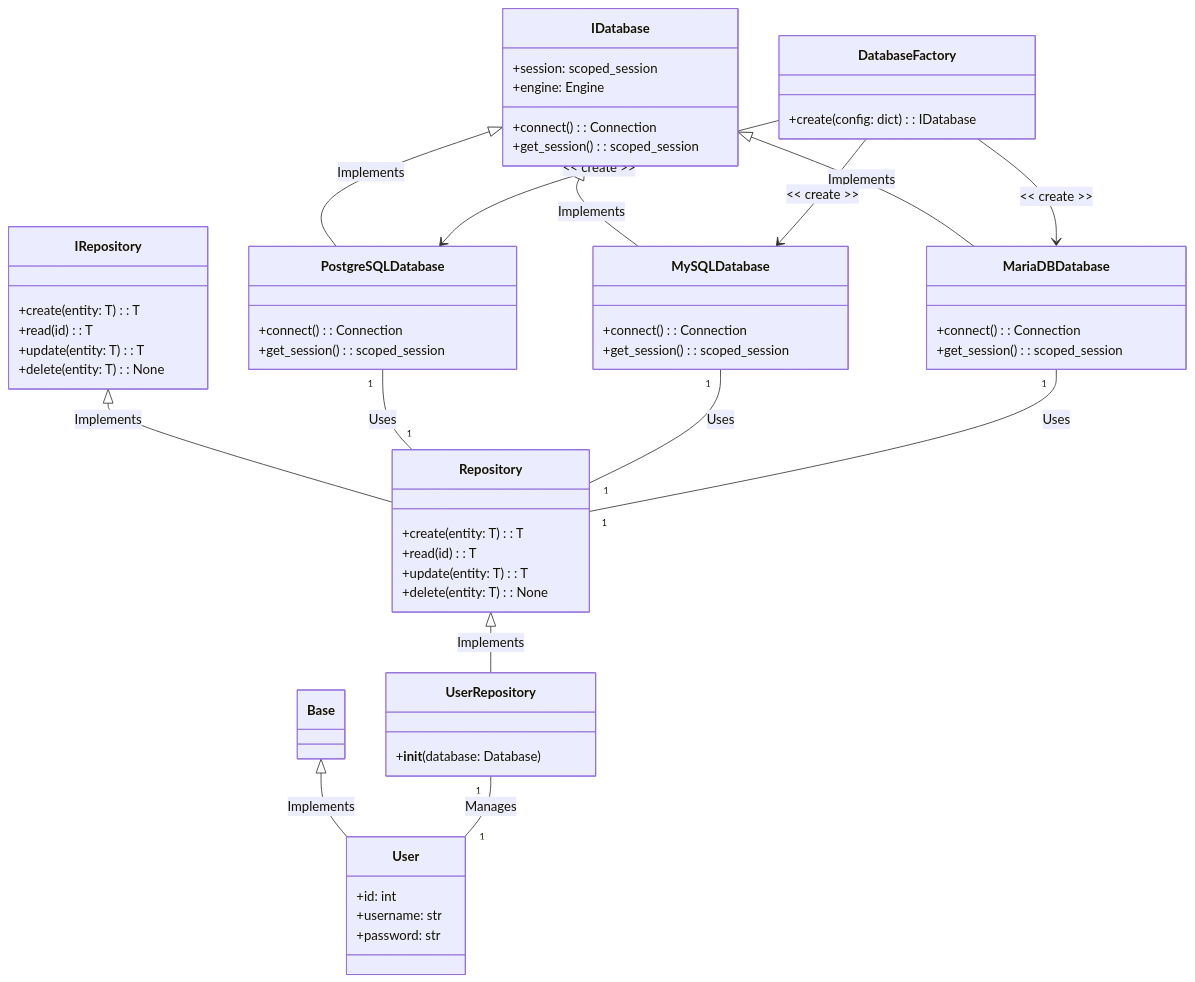
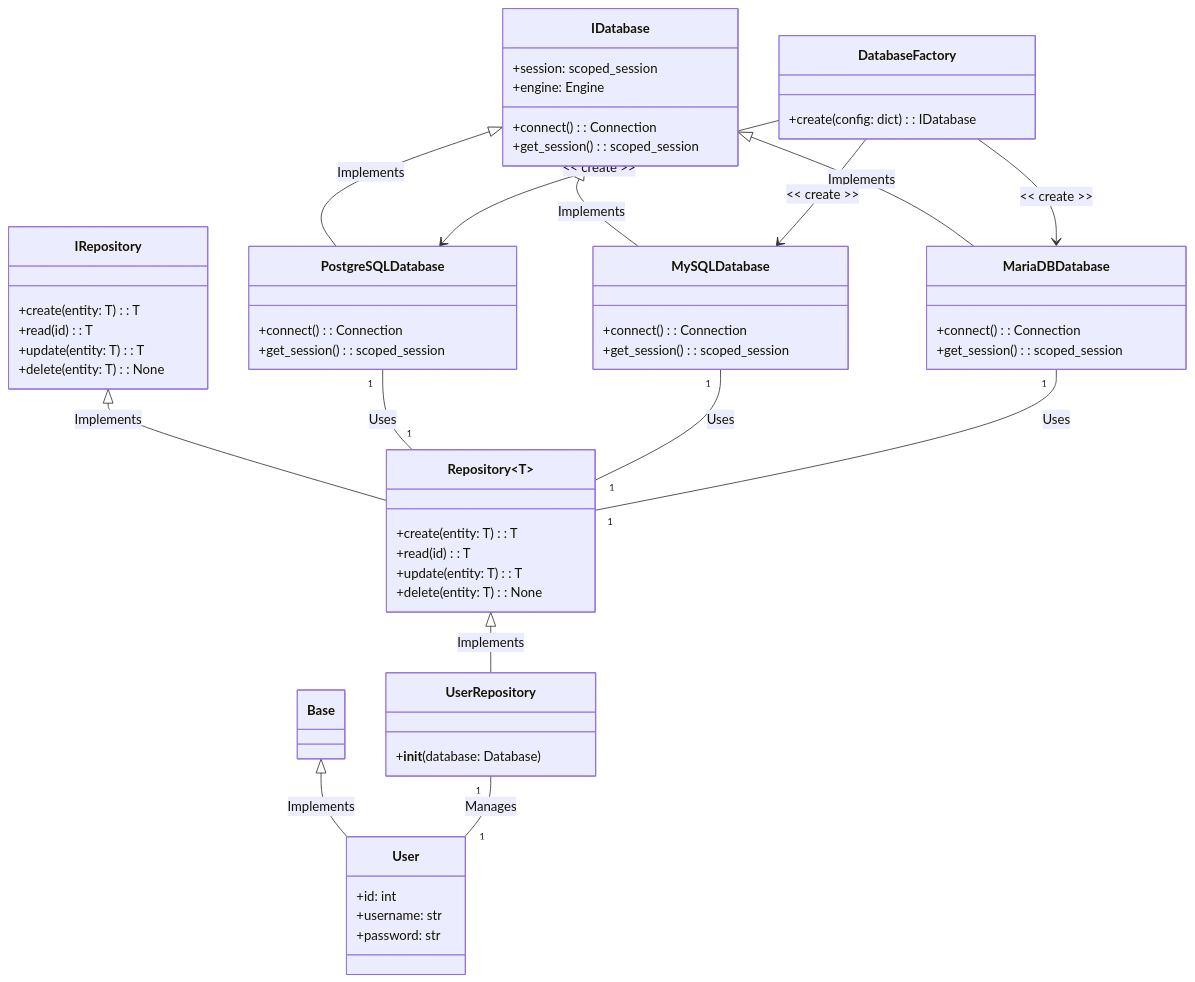
Before and after one commit to dellius-alexander/CRUDRepository: the first of 2 diagrams in README.md, drawn with Mermaid. The commit also changed other lines of this file and 15 other files, not shown here.

````diff
--- a/README.md
+++ b/README.md
@@ -38,60 +38,60 @@
 ```mermaid
 classDiagram
     class Base {
     }
     class User {
         +id: int
         +username: str
         +password: str
     }
     Base <|-- User: Implements
     class IDatabase {
         +session: scoped_session
         +engine: Engine
         +connect(): Connection
         +get_session(): scoped_session
     }
     class PostgreSQLDatabase {
         +connect(): Connection
         +get_session(): scoped_session
     }
     class MySQLDatabase {
         +connect(): Connection
         +get_session(): scoped_session
     }
     class MariaDBDatabase {
         +connect(): Connection
         +get_session(): scoped_session
     }
     IDatabase <|-- PostgreSQLDatabase: Implements
     IDatabase <|-- MySQLDatabase: Implements
     IDatabase <|-- MariaDBDatabase: Implements
     class DatabaseFactory {
         +create(config: dict): IDatabase 
     }
     class IRepository {
         +create(entity: T) : T
         +read(id) : T
         +update(entity: T): T
         +delete(entity: T): None
     }
-    class Repository {
+    class Repository ~T~{
         +create(entity: T) : T
         +read(id) : T
         +update(entity: T): T
         +delete(entity: T): None
     }
-    IRepository <|-- Repository: Implements
+    IRepository <|-- Repository ~T~: Implements
 
     class UserRepository {
         +__init__(database: Database)
     }
-    Repository <|-- UserRepository: Implements
+    Repository ~T~ <|-- UserRepository: Implements
     PostgreSQLDatabase "1" -- "1" Repository: Uses
     MySQLDatabase "1" -- "1" Repository: Uses
     MariaDBDatabase "1" -- "1" Repository: Uses
     UserRepository "1" -- "1" User: Manages
     DatabaseFactory --> PostgreSQLDatabase: << create >>
     DatabaseFactory --> MySQLDatabase: << create >>
     DatabaseFactory --> MariaDBDatabase: << create >>
 ```
````
